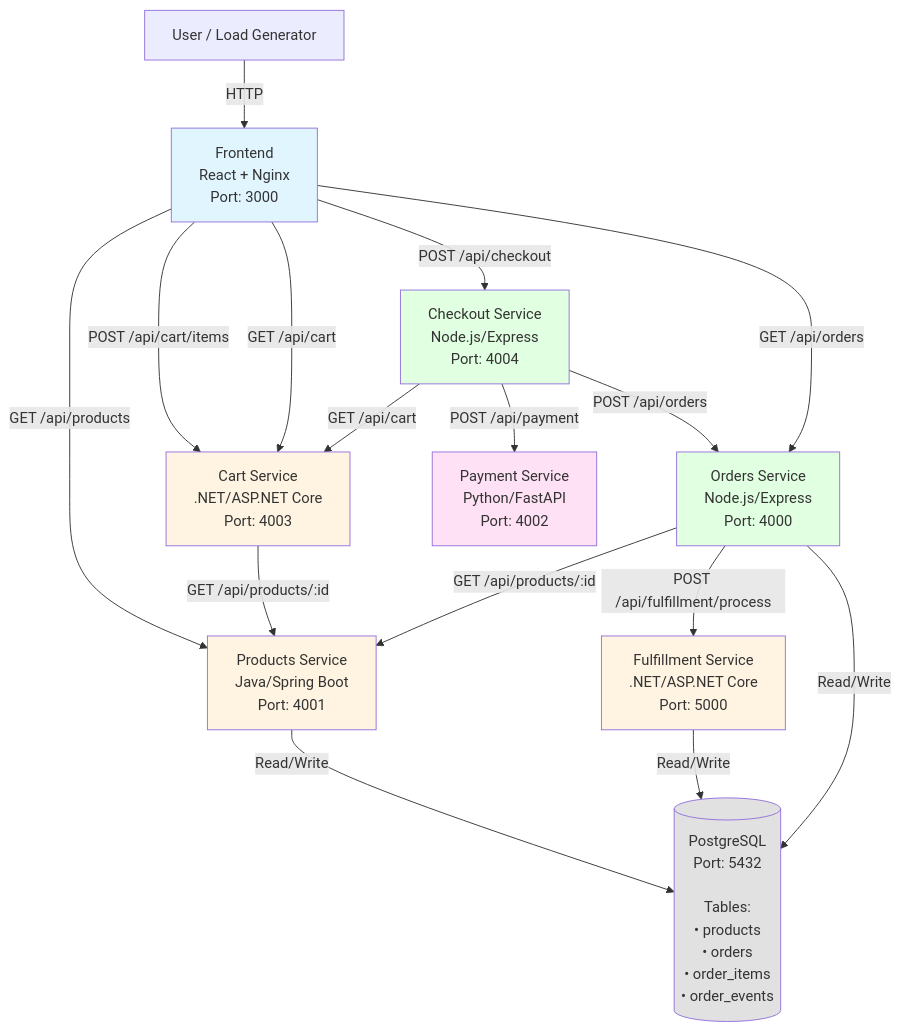
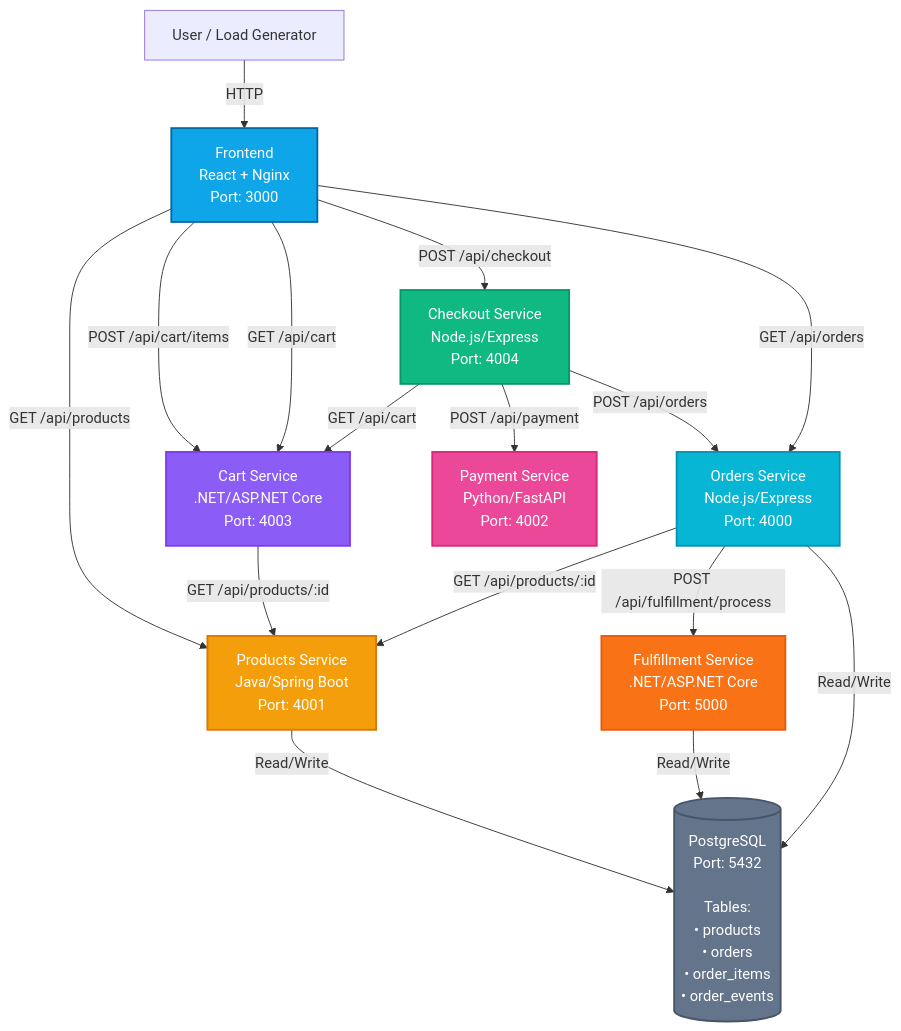
The diagram in README.md (bpschmitt/cosmic-coffee-demo), drawn with Mermaid before and after one commit.

Commit message:
update contrast

````diff
--- a/README.md
+++ b/README.md
@@ -20,43 +20,43 @@
 ```mermaid
 graph TB
     User[User / Load Generator]
     Frontend[Frontend<br/>React + Nginx<br/>Port: 3000]
     
     Products[Products Service<br/>Java/Spring Boot<br/>Port: 4001]
     Cart[Cart Service<br/>.NET/ASP.NET Core<br/>Port: 4003]
     Payment[Payment Service<br/>Python/FastAPI<br/>Port: 4002]
     Checkout[Checkout Service<br/>Node.js/Express<br/>Port: 4004]
     Orders[Orders Service<br/>Node.js/Express<br/>Port: 4000]
     Fulfillment[Fulfillment Service<br/>.NET/ASP.NET Core<br/>Port: 5000]
     
     DB[(PostgreSQL<br/>Port: 5432<br/><br/>Tables:<br/>• products<br/>• orders<br/>• order_items<br/>• order_events)]
     
     User -->|HTTP| Frontend
     Frontend -->|GET /api/products| Products
     Frontend -->|POST /api/cart/items| Cart
     Frontend -->|GET /api/cart| Cart
     Frontend -->|POST /api/checkout| Checkout
     Frontend -->|GET /api/orders| Orders
     
     Cart -->|"GET /api/products/:id"| Products
     
     Checkout -->|GET /api/cart| Cart
     Checkout -->|POST /api/payment| Payment
     Checkout -->|POST /api/orders| Orders
     
     Orders -->|"GET /api/products/:id"| Products
     Orders -->|POST /api/fulfillment/process| Fulfillment
     
     Products -->|Read/Write| DB
     Orders -->|Read/Write| DB
     Fulfillment -->|Read/Write| DB
     
-    style Frontend fill:#e1f5ff
-    style Products fill:#fff4e1
-    style Cart fill:#fff4e1
-    style Payment fill:#ffe1f5
-    style Checkout fill:#e1ffe1
-    style Orders fill:#e1ffe1
-    style Fulfillment fill:#fff4e1
-    style DB fill:#e1e1e1
+    style Frontend fill:#0ea5e9,stroke:#0369a1,stroke-width:2px,color:#ffffff
+    style Products fill:#f59e0b,stroke:#d97706,stroke-width:2px,color:#ffffff
+    style Cart fill:#8b5cf6,stroke:#7c3aed,stroke-width:2px,color:#ffffff
+    style Payment fill:#ec4899,stroke:#db2777,stroke-width:2px,color:#ffffff
+    style Checkout fill:#10b981,stroke:#059669,stroke-width:2px,color:#ffffff
+    style Orders fill:#06b6d4,stroke:#0891b2,stroke-width:2px,color:#ffffff
+    style Fulfillment fill:#f97316,stroke:#ea580c,stroke-width:2px,color:#ffffff
+    style DB fill:#64748b,stroke:#475569,stroke-width:2px,color:#ffffff
 ```
````
